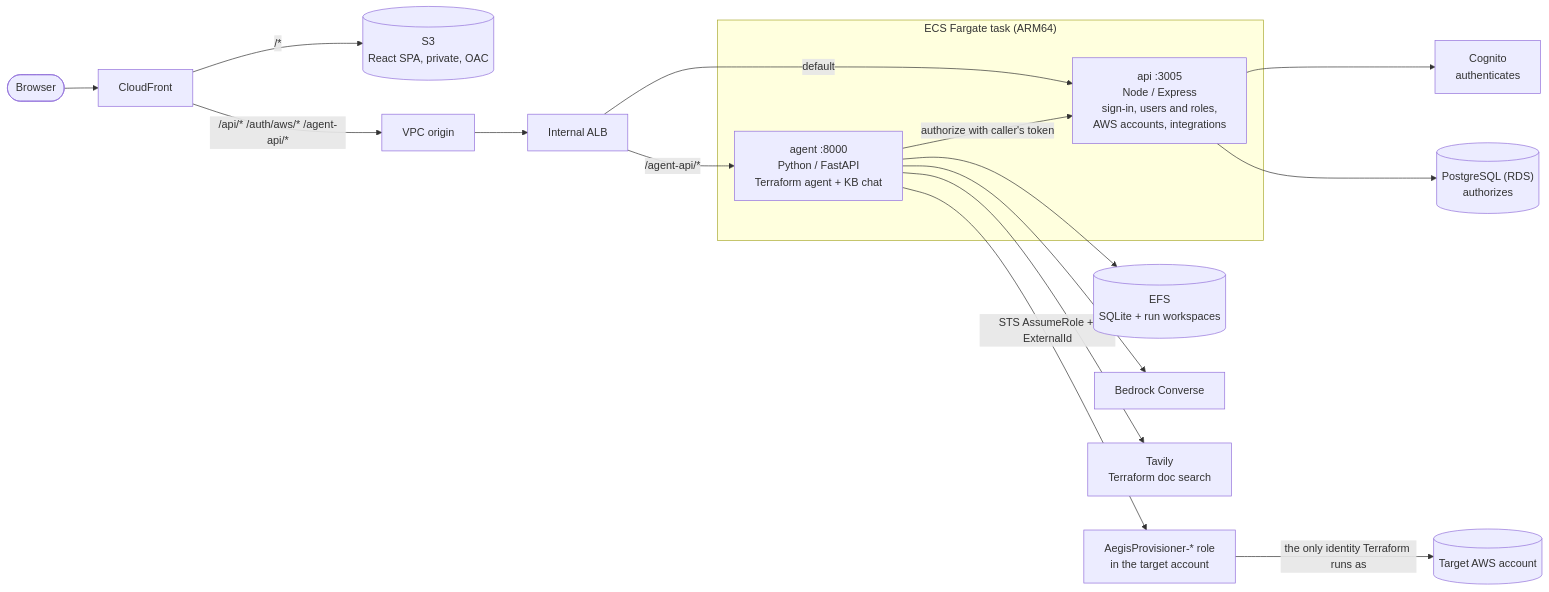
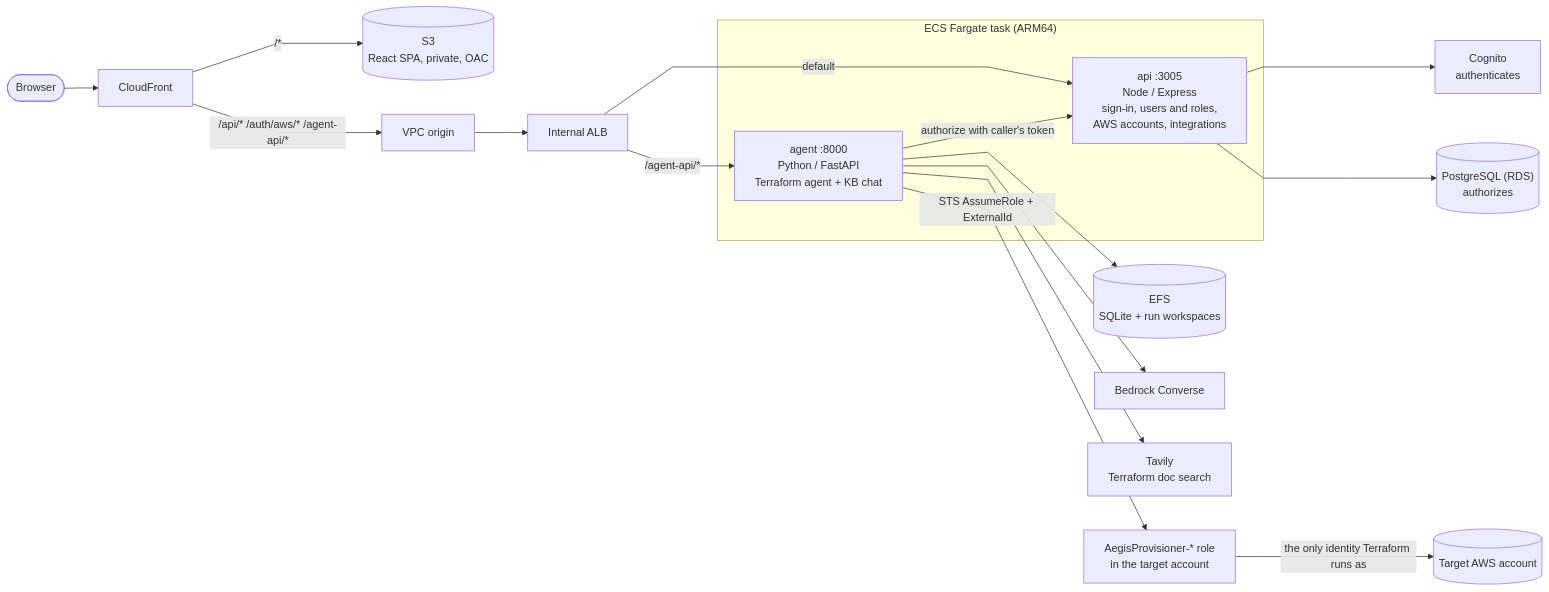
Before and after one commit to Ashrokss/A.E.G.I.S: the diagram in README.md, drawn with Mermaid.

Commit message:
docs: straight arrows in the architecture diagram

````diff
--- a/README.md
+++ b/README.md
@@ -7,23 +7,24 @@
 ```mermaid
+%%{init: {"flowchart": {"curve": "linear"}}}%%
 flowchart LR
   browser(["Browser"]) --> cf["CloudFront"]
   cf -- "/*" --> s3[("S3<br/>React SPA, private, OAC")]
   cf -- "/api/* /auth/aws/* /agent-api/*" --> vpco["VPC origin"] --> alb["Internal ALB"]
 
   subgraph ecs["ECS Fargate task (ARM64)"]
     api["api :3005<br/>Node / Express<br/>sign-in, users and roles,<br/>AWS accounts, integrations"]
     agent["agent :8000<br/>Python / FastAPI<br/>Terraform agent + KB chat"]
   end
 
   alb -- "default" --> api
   alb -- "/agent-api/*" --> agent
   agent -- "authorize with caller's token" --> api
 
   api --> cognito["Cognito<br/>authenticates"]
   api --> rds[("PostgreSQL (RDS)<br/>authorizes")]
   agent --> efs[("EFS<br/>SQLite + run workspaces")]
   agent --> bedrock["Bedrock Converse"]
   agent --> tavily["Tavily<br/>Terraform doc search"]
   agent -- "STS AssumeRole + ExternalId" --> role["AegisProvisioner-* role<br/>in the target account"]
   role -- "the only identity Terraform runs as" --> target[("Target AWS account")]
 ```
````
